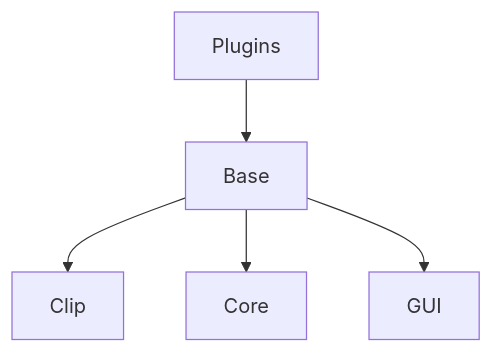
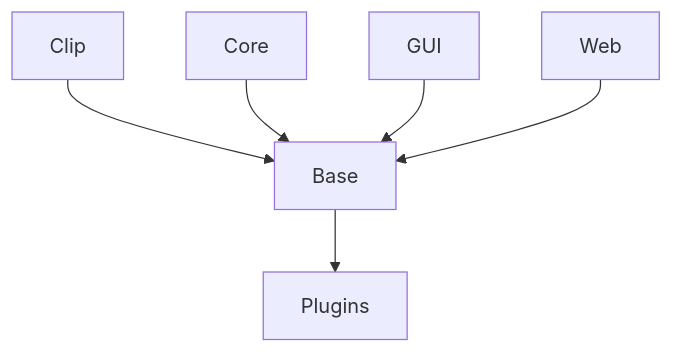
One commit to thealternator89/Swish changed the diagram in README.MD. Above: the diagram before and after it, drawn with Mermaid. The commit also changed other lines of this file and 98 other files, not shown here.

````diff
--- a/README.MD
+++ b/README.MD
@@ -42,13 +44,15 @@
 ```mermaid
 flowchart
   P[Plugins]
   B[Base]
   Clip[Clip]
   Core[Core]
   Gui[GUI]
+  Web[Web]
   
-  P --> B
-  B --> Clip
-  B --> Core
-  B --> Gui
+  Clip --> B
+  Core --> B
+  Gui --> B
+  Web --> B
+  B --> P
 ```
````
